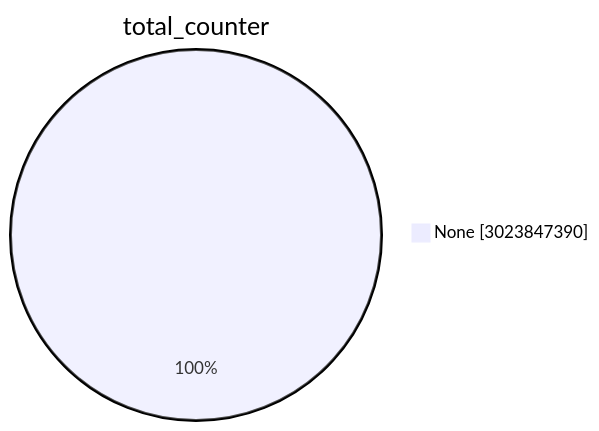
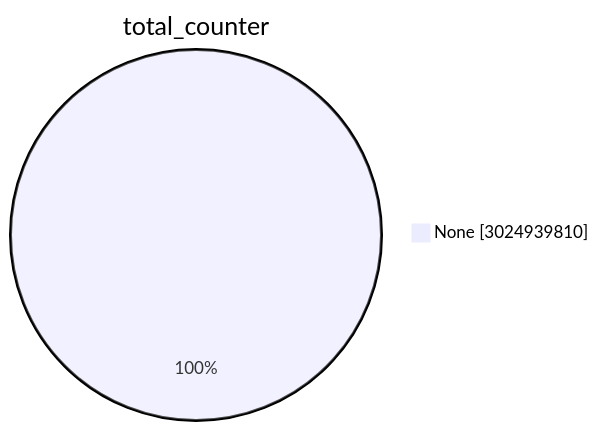
Before and after one commit to christiankrug/ctmonitor_visualization: the first of 15 diagrams in TOTAL/README.md, drawn with Mermaid. The commit also changed other lines of this file, not shown here.

````diff
--- a/TOTAL/README.md
+++ b/TOTAL/README.md
@@ -1,5 +1,5 @@
 ```mermaid
 pie showData
 title total_counter
-"None" :3023847390
+"None" :3024939810
 ```
````
